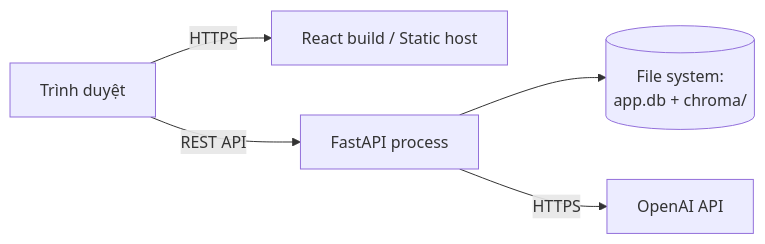
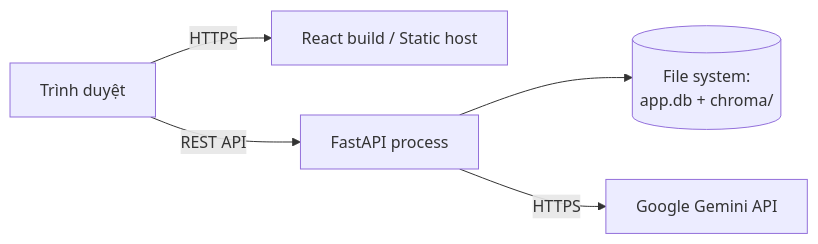
The ninth of 9 diagrams in docs/DESIGN.md (Scobydoo1/swd), drawn with Mermaid before and after one commit. The commit also changed other lines of this file and 7 other files, not shown here.

First line of the commit message:
Switch LLM provider from OpenAI to Google Gemini

````diff
--- a/docs/DESIGN.md
+++ b/docs/DESIGN.md
@@ -387,7 +387,7 @@
 ```mermaid
 graph LR
     Browser[Trình duyệt] -->|HTTPS| Static[React build / Static host]
     Browser -->|REST API| FastAPI[FastAPI process]
     FastAPI --> Files[(File system:<br/>app.db + chroma/)]
-    FastAPI -->|HTTPS| OpenAI[OpenAI API]
+    FastAPI -->|HTTPS| GEMINI[Google Gemini API]
 ```
````
